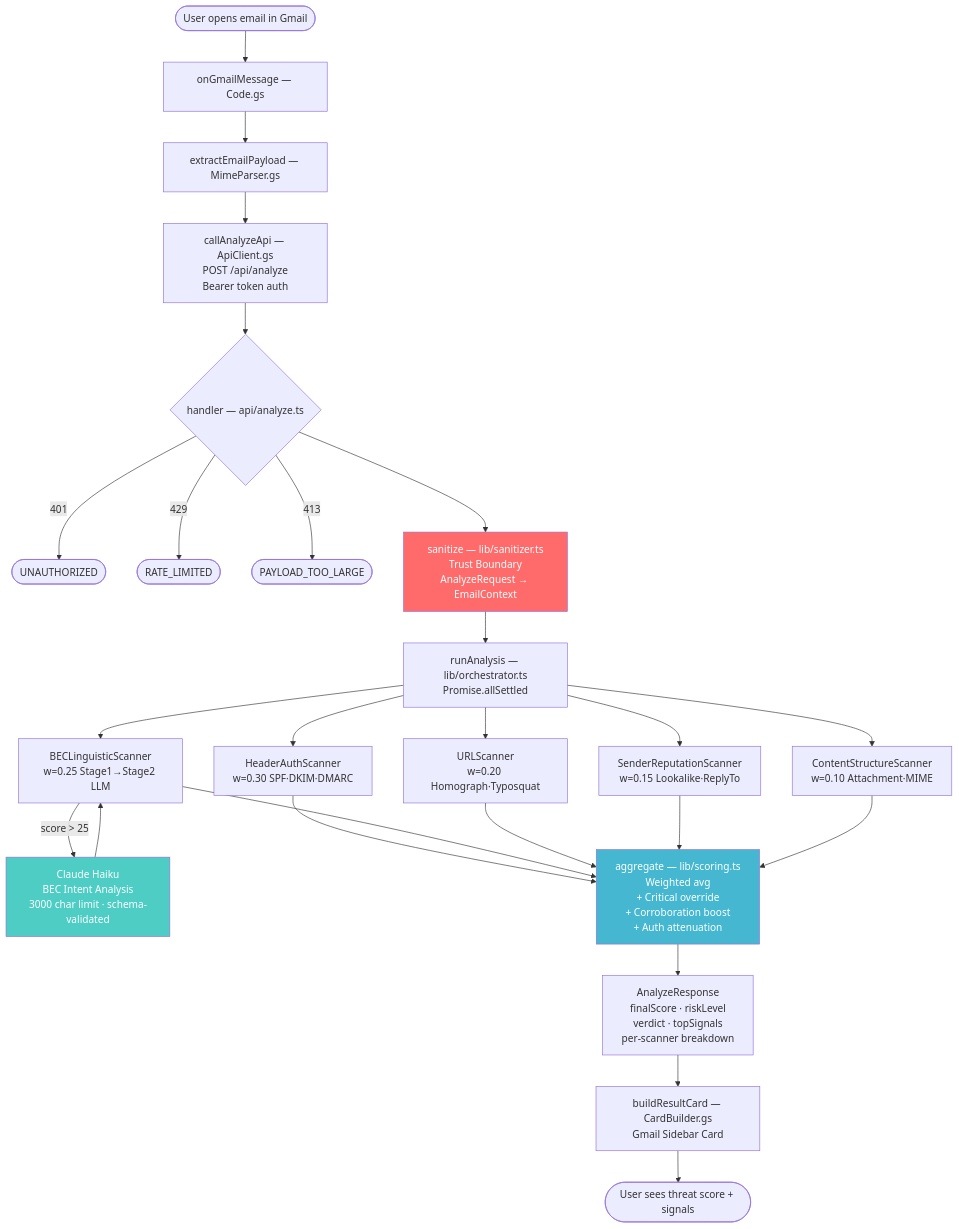
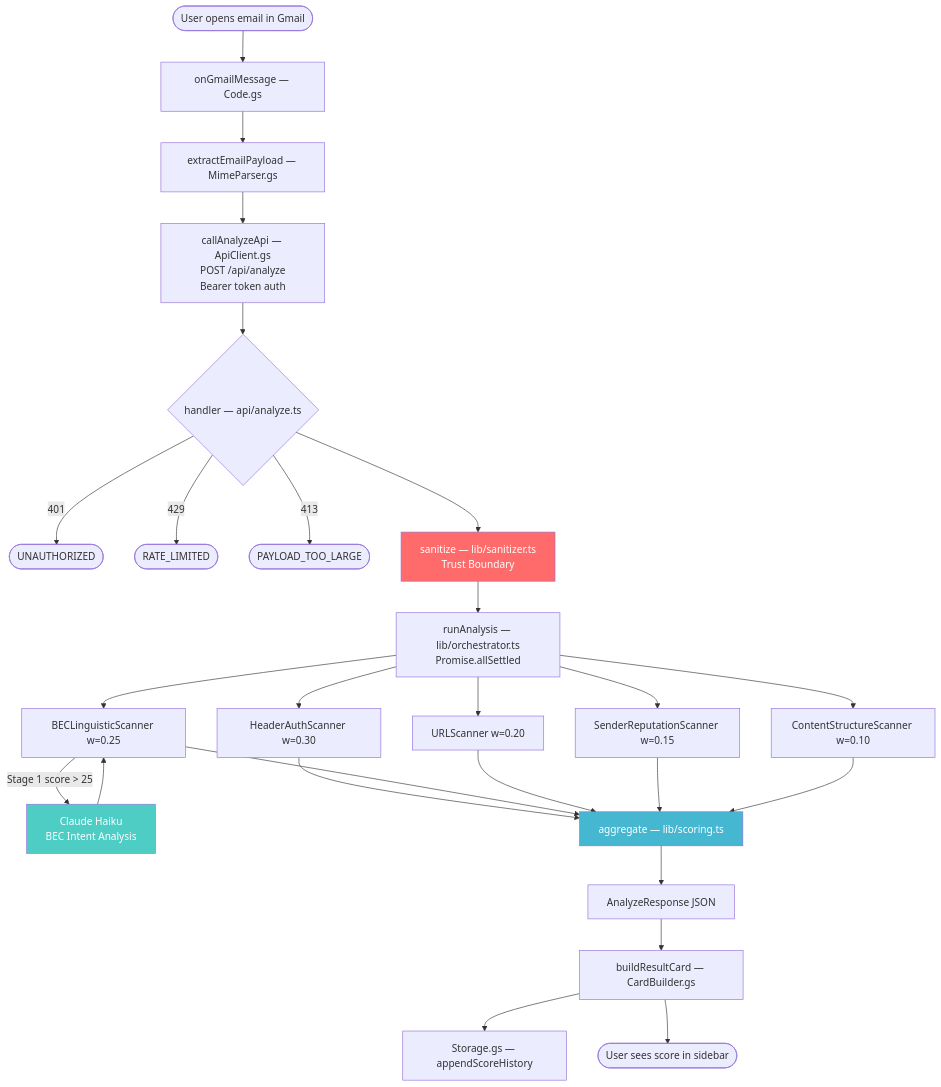
One commit to Guysu123/email-security-scorer changed the diagram in README.md. Above: the diagram before and after it, drawn with Mermaid. The commit also changed other lines of this file and 7 other files, not shown here.

````diff
--- a/README.md
+++ b/README.md
@@ -122,33 +84,33 @@
 ```mermaid
 flowchart TD
     A([User opens email in Gmail]) --> B[onGmailMessage — Code.gs]
     B --> C[extractEmailPayload — MimeParser.gs]
     C --> D[callAnalyzeApi — ApiClient.gs\nPOST /api/analyze\nBearer token auth]
 
     D --> E{handler — api/analyze.ts}
     E -->|401| ERR1([UNAUTHORIZED])
     E -->|429| ERR2([RATE_LIMITED])
     E -->|413| ERR3([PAYLOAD_TOO_LARGE])
 
-    E --> F[sanitize — lib/sanitizer.ts\nTrust Boundary\nAnalyzeRequest → EmailContext]
+    E --> F[sanitize — lib/sanitizer.ts\nTrust Boundary]
     F --> G[runAnalysis — lib/orchestrator.ts\nPromise.allSettled]
 
-    G --> H1[HeaderAuthScanner\nw=0.30 SPF·DKIM·DMARC]
-    G --> H2[BECLinguisticScanner\nw=0.25 Stage1→Stage2 LLM]
-    G --> H3[URLScanner\nw=0.20 Homograph·Typosquat]
-    G --> H4[SenderReputationScanner\nw=0.15 Lookalike·ReplyTo]
-    G --> H5[ContentStructureScanner\nw=0.10 Attachment·MIME]
+    G --> H1[HeaderAuthScanner w=0.30]
+    G --> H2[BECLinguisticScanner w=0.25]
+    G --> H3[URLScanner w=0.20]
+    G --> H4[SenderReputationScanner w=0.15]
+    G --> H5[ContentStructureScanner w=0.10]
 
-    H2 -->|score > 25| LLM[Claude Haiku\nBEC Intent Analysis\n3000 char limit · schema-validated]
+    H2 -->|Stage 1 score > 25| LLM[Claude Haiku\nBEC Intent Analysis]
     LLM --> H2
 
-    H1 & H2 & H3 & H4 & H5 --> I[aggregate — lib/scoring.ts\nWeighted avg\n+ Critical override\n+ Corroboration boost\n+ Auth attenuation]
-
-    I --> J[AnalyzeResponse\nfinalScore · riskLevel\nverdict · topSignals\nper-scanner breakdown]
-    J --> K[buildResultCard — CardBuilder.gs\nGmail Sidebar Card]
-    K --> L([User sees threat score + signals])
+    H1 & H2 & H3 & H4 & H5 --> I[aggregate — lib/scoring.ts]
+    I --> J[AnalyzeResponse JSON]
+    J --> K[buildResultCard — CardBuilder.gs]
+    K --> M[Storage.gs — appendScoreHistory]
+    K --> L([User sees score in sidebar])
 
     style F fill:#ff6b6b,color:#fff
     style LLM fill:#4ecdc4,color:#fff
     style I fill:#45b7d1,color:#fff
 ```
````
